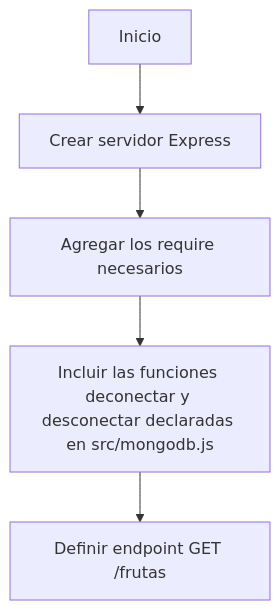
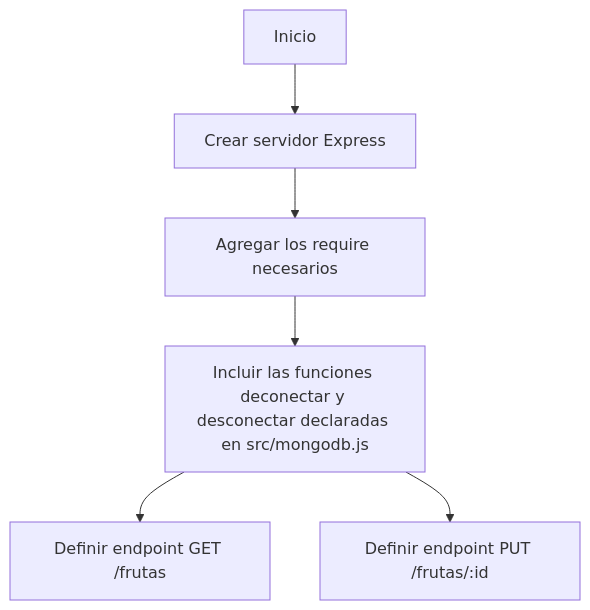
The second of 2 diagrams in README.md (carolinamendez0/IngeniasTpIntegrador), drawn with Mermaid before and after one commit.

Commit message:
se agregaron cambios

````diff
--- a/README.md
+++ b/README.md
@@ -142,7 +142,8 @@
 ```mermaid
 graph TD
   A[Inicio] --> B[Crear servidor Express]
   B --> C[Agregar los require necesarios]
   C --> D[Incluir las funciones deconectar y desconectar declaradas en src/mongodb.js]
   D --> E[Definir endpoint GET /frutas]
+  D --> F[Definir endpoint PUT /frutas/:id]
 ```
````
